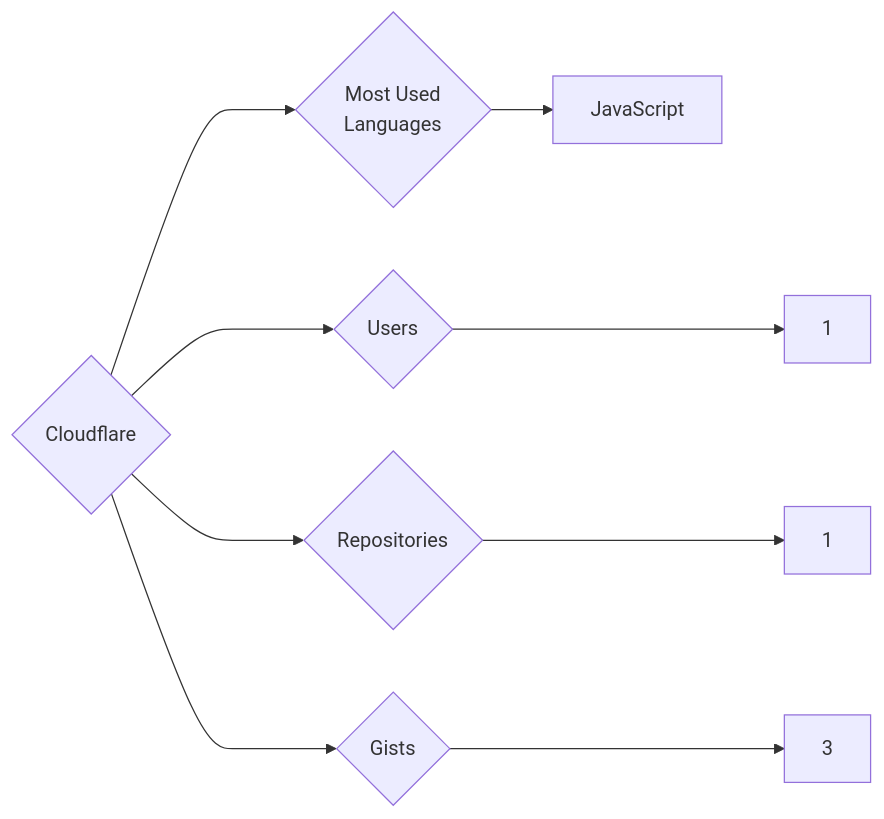
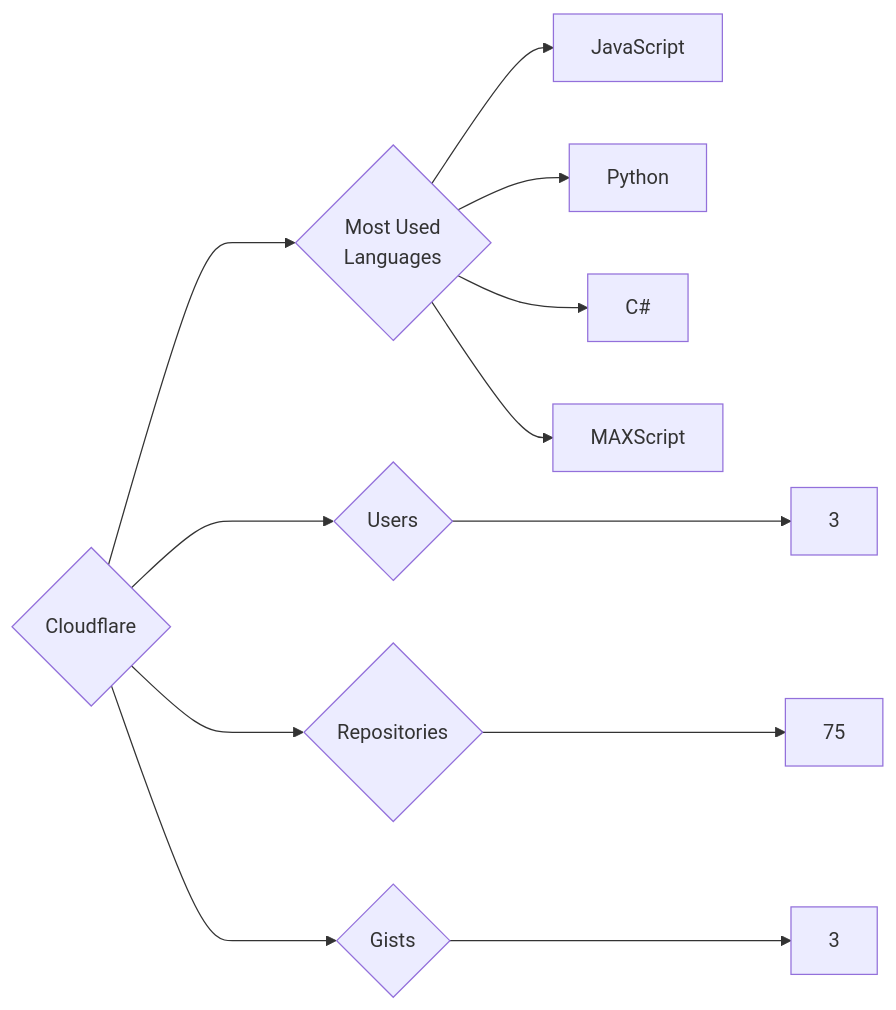
Before and after one commit to trickest/insiders: the diagram in targets/Cloudflare/README.md, drawn with Mermaid. The commit also changed 1092 other files, not shown here.

````diff
--- a/targets/Cloudflare/README.md
+++ b/targets/Cloudflare/README.md
@@ -3,9 +3,12 @@
 ```mermaid
 graph LR
 COMPANY_NAME{Cloudflare}
-COMPANY_NAME ---> U{Users} ---> UN[1]
-COMPANY_NAME ---> R{Repositories} ---> RN[1]
+COMPANY_NAME ---> U{Users} ---> UN[3]
+COMPANY_NAME ---> R{Repositories} ---> RN[75]
 COMPANY_NAME ---> G{Gists} ---> GN[3]
 COMPANY_NAME ---> ML{Most Used<br>Languages}
 ML --> JavaScript[JavaScript]
+ML --> Python[Python]
+ML --> C#[C#]
+ML --> MAXScript[MAXScript]
 ```
````
